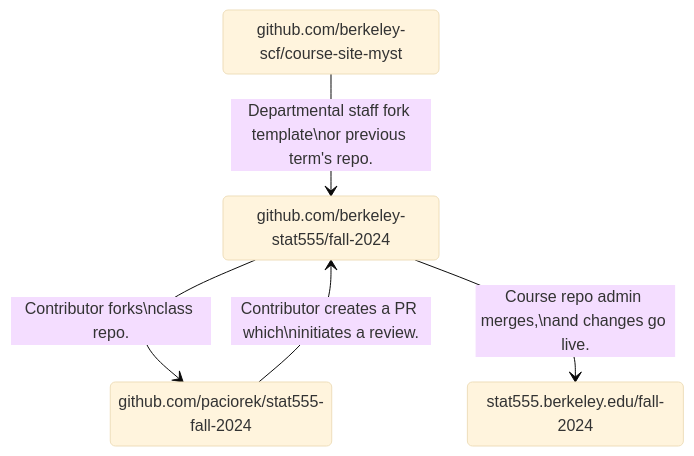
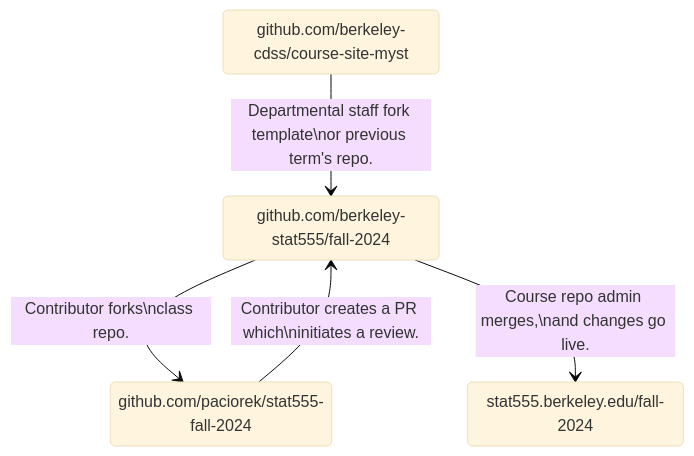
Before and after one commit to berkeley-cdss/course-site-myst: the second of 2 diagrams in README.md, drawn with Mermaid (base theme). The commit also changed other lines of this file and 1 other file, not shown here.

Commit message:
Replace berkeley-scf with berkeley-cdss.

````diff
--- a/README.md
+++ b/README.md
@@ -51,15 +51,15 @@
 ```mermaid
 %% State diagram documentation at
 %% https://mermaid.js.org/syntax/stateDiagram.html
 
 stateDiagram-v2
-    repo_template: github.com/berkeley-scf/course-site-myst
+    repo_template: github.com/berkeley-cdss/course-site-myst
     repo_dept: github.com/berkeley-stat555/fall-2024
     repo_i: github.com/paciorek/stat555-fall-2024
     website_dept: stat555.berkeley.edu/fall-2024
 
     repo_template --> repo_dept: Departmental staff fork template\nor previous term's repo.
     repo_dept --> repo_i: Contributor forks\nclass repo.
     repo_i --> repo_dept: Contributor creates a PR which\ninitiates a review.
     repo_dept --> website_dept: Course repo admin merges,\nand changes go live.
 ```
````
